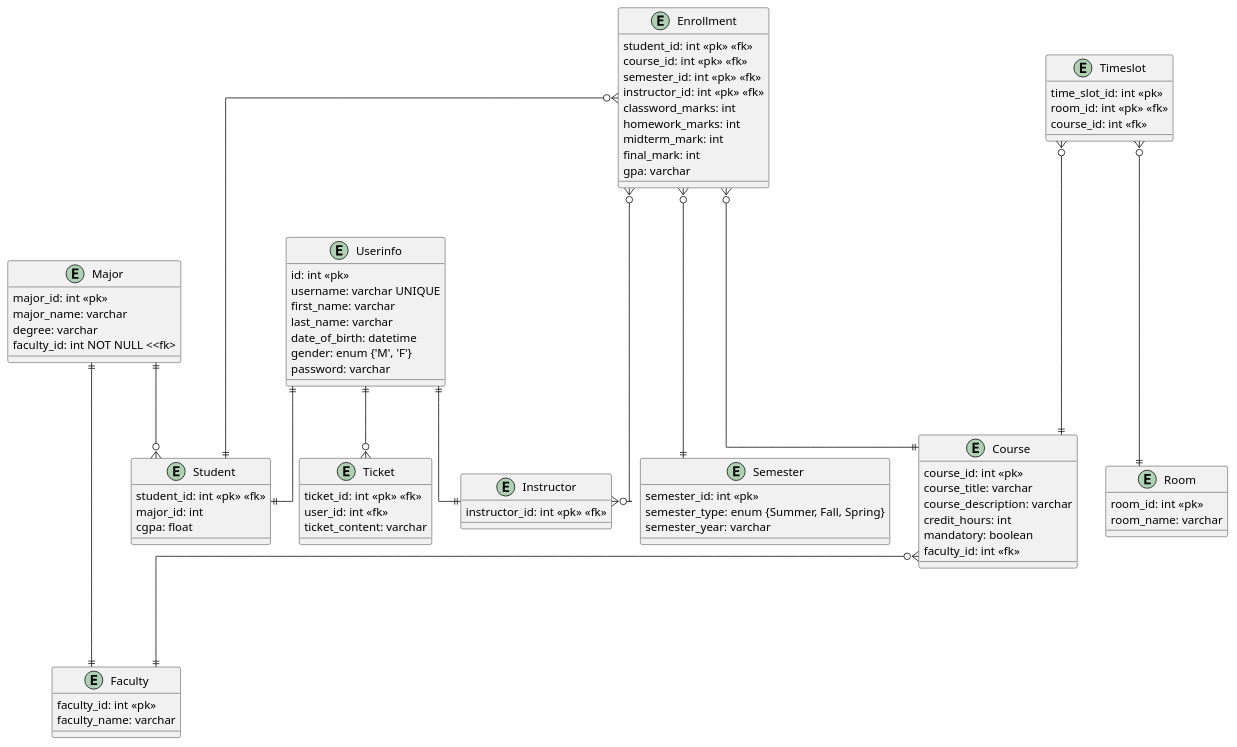
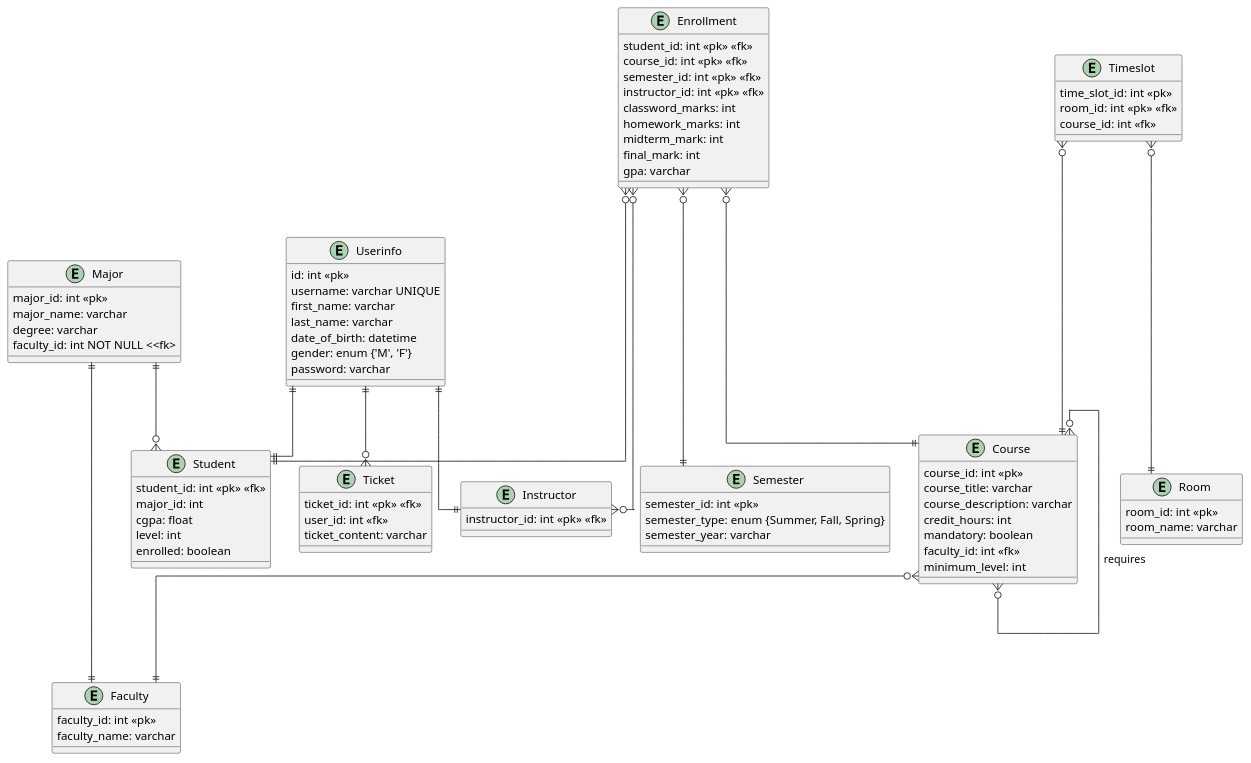
The diagram in docs/erd.pu (Mo2men66/project-sis), drawn with PlantUML before and after one commit.

Commit message:
docs: erd: fields update and add course self-relation

```diff
--- a/docs/erd.pu
+++ b/docs/erd.pu
@@ -1,98 +1,103 @@
 @startuml
 
 skinparam linetype ortho
 
 Entity Userinfo {
     id: int <<pk>>
     username: varchar UNIQUE
     first_name: varchar
     last_name: varchar
     date_of_birth: datetime
     gender: enum {'M', 'F'}
     password: varchar
 }
 
 Entity Student {
     student_id: int <<pk>> <<fk>>
     major_id: int
     cgpa: float
+    level: int
+    enrolled: boolean
 }
 
 Entity Instructor {
     instructor_id: int <<pk>> <<fk>>
 }
 
 Entity Ticket {
     ticket_id: int <<pk>> <<fk>>
     user_id: int <<fk>>
     ticket_content: varchar
 }
 
 Entity Semester {
     semester_id: int <<pk>>
     semester_type: enum {Summer, Fall, Spring}
     semester_year: varchar
 }
 
 Entity Enrollment {
     student_id: int <<pk>> <<fk>>
     course_id: int <<pk>> <<fk>>
     semester_id: int <<pk>> <<fk>>
     instructor_id: int <<pk>> <<fk>>
     classword_marks: int
     homework_marks: int
     midterm_mark: int
     final_mark: int
     gpa: varchar
 }
 
 Entity Faculty {
     faculty_id: int <<pk>>
     faculty_name: varchar
 }
 
 Entity Major {
     major_id: int <<pk>>
     major_name: varchar
     degree: varchar
     faculty_id: int NOT NULL <<fk>
 
 }
 
 Entity Timeslot {
     time_slot_id: int <<pk>>
     room_id: int <<pk>> <<fk>>
     course_id: int <<fk>>
 
 }
 
 Entity Room {
     room_id: int <<pk>>
     room_name: varchar
 
 }
 
 Entity Course {
     course_id: int <<pk>>
     course_title: varchar
     course_description: varchar
     credit_hours: int
     mandatory: boolean
     faculty_id: int <<fk>>
+    minimum_level: int
 
 }
 
 Userinfo ||--|| Instructor
 Userinfo ||--|| Student
 Userinfo ||--o{ Ticket
 Major ||--o{ Student
 Major ||--|| Faculty
 Enrollment }o---o{ Instructor
 Enrollment }o---|| Student
 Enrollment }o---|| Course
 Enrollment }o---|| Semester
 Course }o---|| Faculty
 Timeslot }o---|| Room
 Timeslot }o---|| Course
 
+Course }o---o{ Course: requires
+
 @enduml
```
